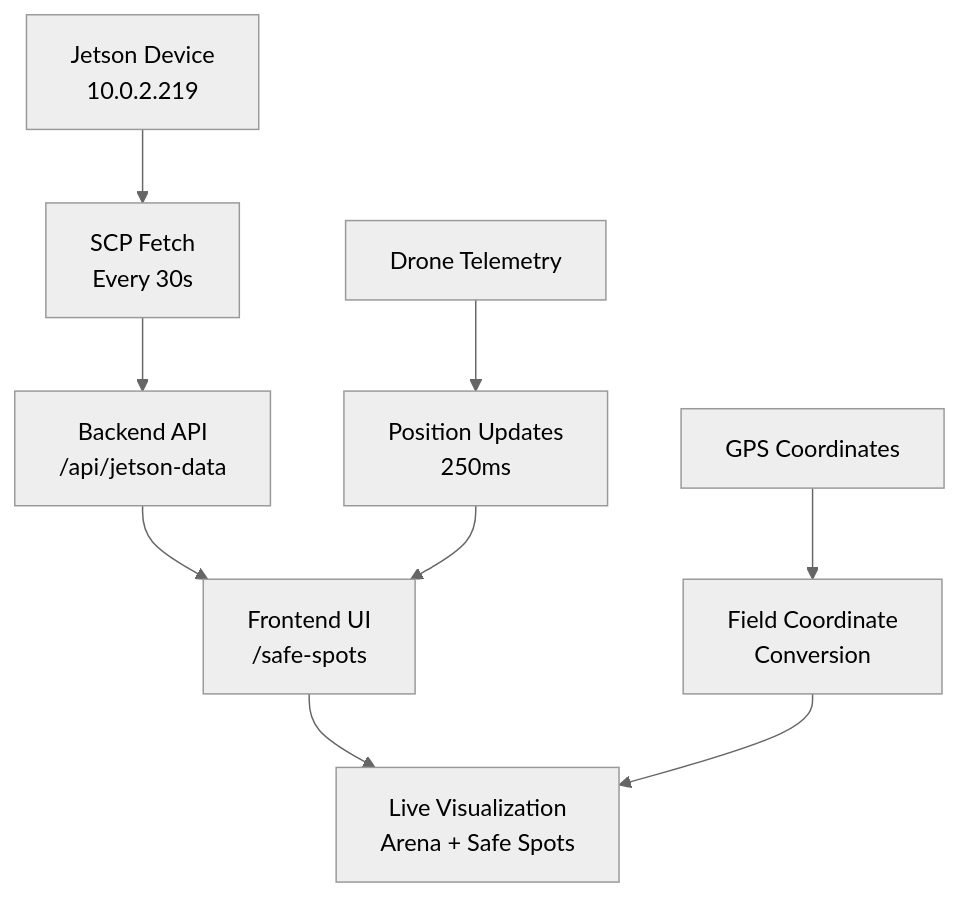
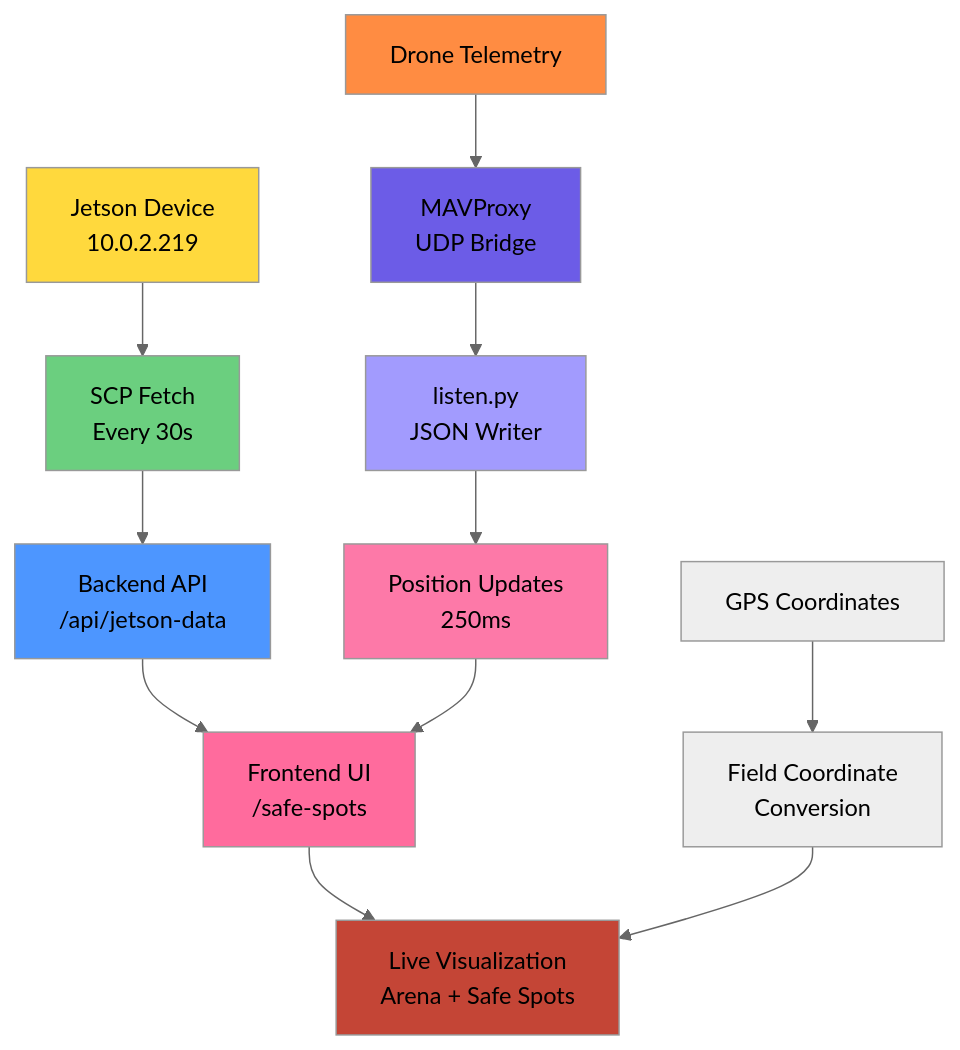
One commit to ArnavBallinCode/SkySync_Gcs changed the third of 15 diagrams in README.md. Above: the diagram before and after it, drawn with Mermaid (neutral theme). The commit also changed other lines of this file, not shown here.

````diff
--- a/README.md
+++ b/README.md
@@ -218,13 +264,25 @@
 ```mermaid
 graph TD
     A[Jetson Device<br/>10.0.2.219] --> B[SCP Fetch<br/>Every 30s]
     B --> C[Backend API<br/>/api/jetson-data]
     C --> D[Frontend UI<br/>/safe-spots]
     D --> E[Live Visualization<br/>Arena + Safe Spots]
     
-    F[Drone Telemetry] --> G[Position Updates<br/>250ms]
-    G --> D
+    F[Drone Telemetry] --> G[MAVProxy<br/>UDP Bridge]
+    G --> H[listen.py<br/>JSON Writer]
+    H --> I[Position Updates<br/>250ms]
+    I --> D
     
-    H[GPS Coordinates] --> I[Field Coordinate<br/>Conversion]
-    I --> E
+    J[GPS Coordinates] --> K[Field Coordinate<br/>Conversion]
+    K --> E
+    
+    style A fill:#ffd93d
+    style B fill:#6bcf7f
+    style C fill:#4d96ff
+    style D fill:#ff6b9d
+    style E fill:#c44536
+    style F fill:#ff8c42
+    style G fill:#6c5ce7
+    style H fill:#a29bfe
+    style I fill:#fd79a8
 ```
````
